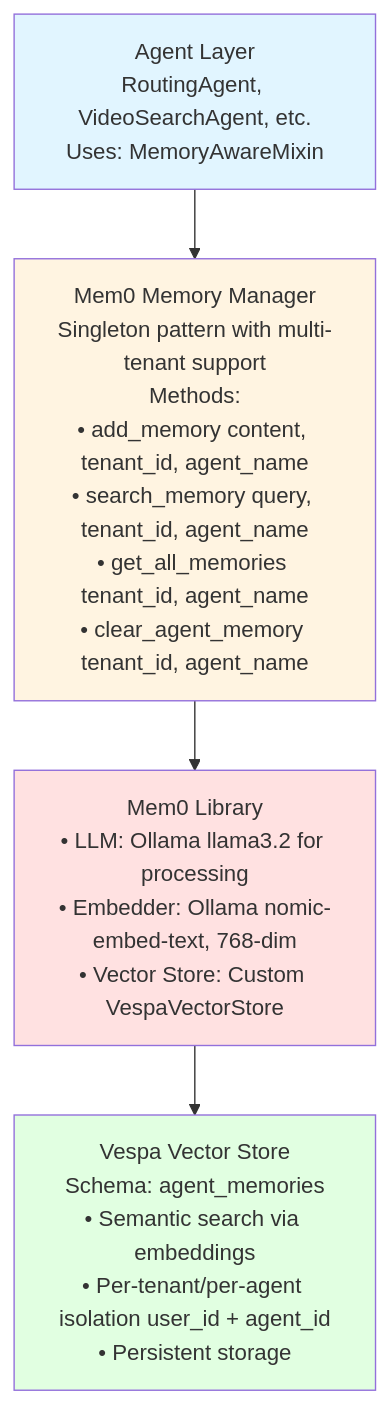
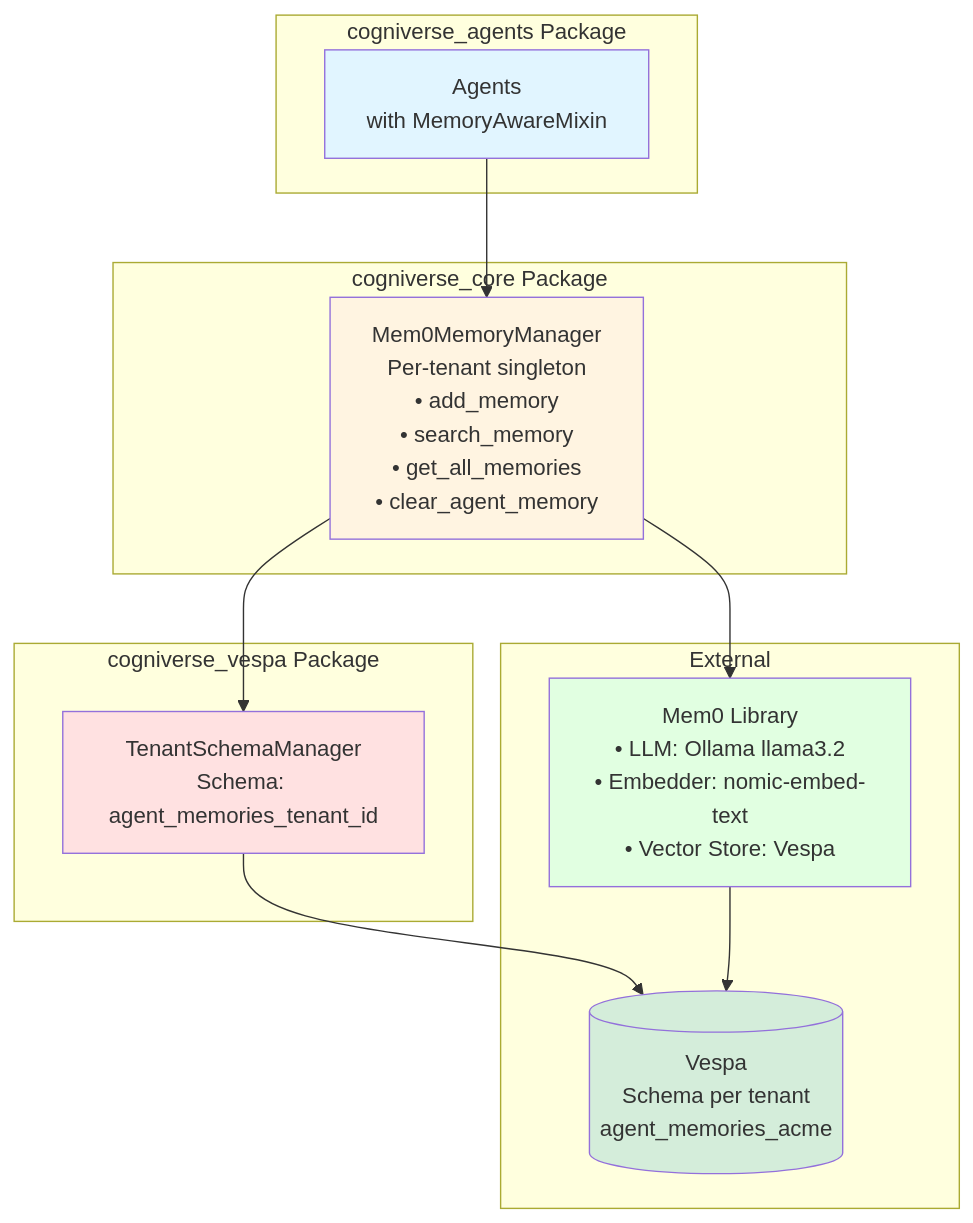
The second of 4 diagrams in docs/modules/common.md (amit-jain/cogniverse), drawn with Mermaid before and after one commit. The commit also changed other lines of this file and 25 other files, not shown here.

````diff
--- a/docs/modules/common.md
+++ b/docs/modules/common.md
@@ -69,13 +96,31 @@
 ```mermaid
 graph TB
-    AgentLayer[Agent Layer<br/>RoutingAgent, VideoSearchAgent, etc.<br/>Uses: MemoryAwareMixin] --> MemoryManager[Mem0 Memory Manager<br/>Singleton pattern with multi-tenant support<br/>Methods:<br/>• add_memory content, tenant_id, agent_name<br/>• search_memory query, tenant_id, agent_name<br/>• get_all_memories tenant_id, agent_name<br/>• clear_agent_memory tenant_id, agent_name]
+    subgraph "cogniverse_agents Package"
+        AgentLayer[Agents<br/>with MemoryAwareMixin]
+    end
 
-    MemoryManager --> Mem0Lib[Mem0 Library<br/>• LLM: Ollama llama3.2 for processing<br/>• Embedder: Ollama nomic-embed-text, 768-dim<br/>• Vector Store: Custom VespaVectorStore]
+    subgraph "cogniverse_core Package"
+        MemoryManager[Mem0MemoryManager<br/>Per-tenant singleton<br/>• add_memory<br/>• search_memory<br/>• get_all_memories<br/>• clear_agent_memory]
+    end
 
-    Mem0Lib --> VespaVector[Vespa Vector Store<br/>Schema: agent_memories<br/>• Semantic search via embeddings<br/>• Per-tenant/per-agent isolation user_id + agent_id<br/>• Persistent storage]
+    subgraph "cogniverse_vespa Package"
+        SchemaManager[TenantSchemaManager<br/>Schema: agent_memories_tenant_id]
+    end
+
+    subgraph External
+        Mem0Lib[Mem0 Library<br/>• LLM: Ollama llama3.2<br/>• Embedder: nomic-embed-text<br/>• Vector Store: Vespa]
+        VespaDB[(Vespa<br/>Schema per tenant<br/>agent_memories_acme)]
+    end
+
+    AgentLayer --> MemoryManager
+    MemoryManager --> SchemaManager
+    MemoryManager --> Mem0Lib
+    SchemaManager --> VespaDB
+    Mem0Lib --> VespaDB
 
     style AgentLayer fill:#e1f5ff
     style MemoryManager fill:#fff4e1
-    style Mem0Lib fill:#ffe1e1
-    style VespaVector fill:#e1ffe1
+    style SchemaManager fill:#ffe1e1
+    style Mem0Lib fill:#e1ffe1
+    style VespaDB fill:#d4edda
 ```
````
